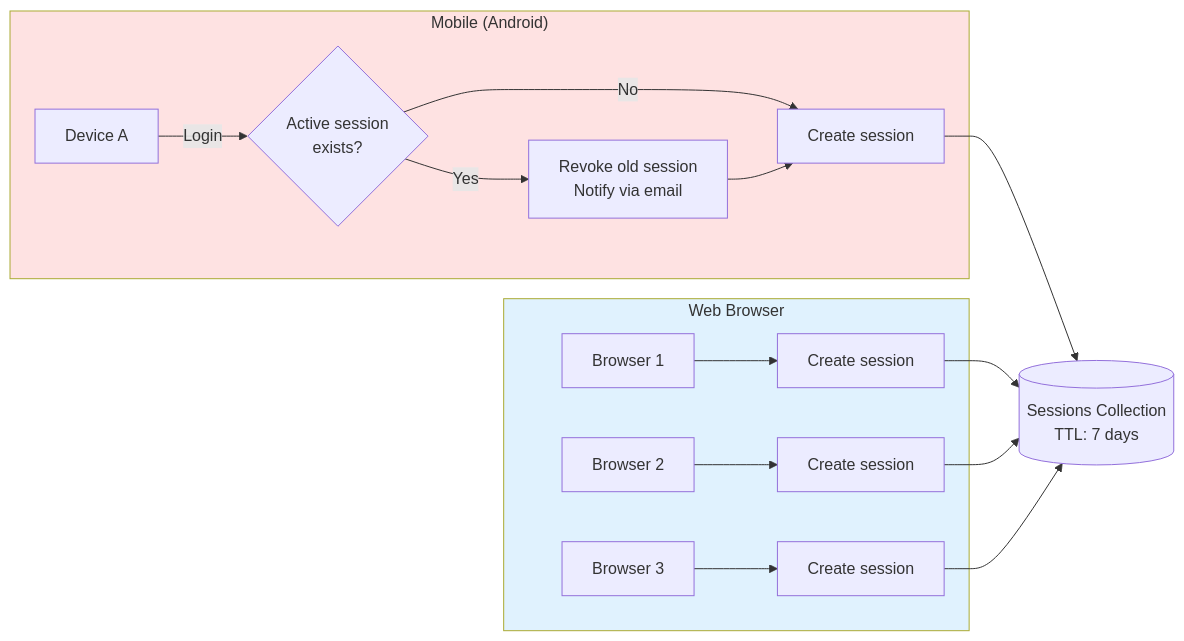
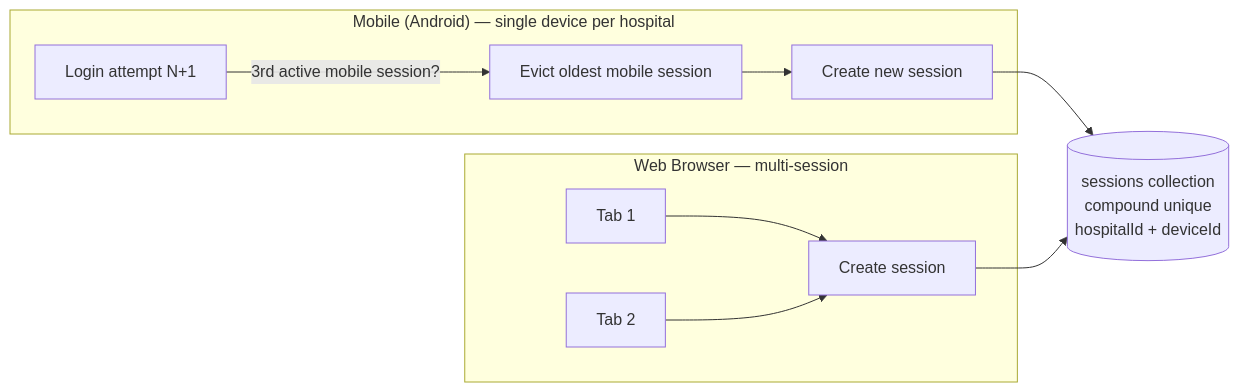
The third of 4 diagrams in README.md (urvagandhi/Hospital-Management), drawn with Mermaid before and after one commit. The commit also changed other lines of this file and 5 other files, not shown here.

````diff
--- a/README.md
+++ b/README.md
@@ -84,23 +84,15 @@
 ```mermaid
 flowchart LR
-    subgraph Mobile["Mobile (Android)"]
-        M1[Device A] -->|Login| SESSION_CHECK{Active session<br/>exists?}
-        SESSION_CHECK -->|Yes| REVOKE[Revoke old session<br/>Notify via email]
-        SESSION_CHECK -->|No| CREATE1[Create session]
-        REVOKE --> CREATE1
+    subgraph Mobile["Mobile (Android) — single device per hospital"]
+        M1[Login attempt N+1] -->|3rd active mobile session?| EVICT[Evict oldest mobile session]
+        EVICT --> CREATE_M[Create new session]
     end
 
-    subgraph Web["Web Browser"]
-        W1[Browser 1] --> CREATE2[Create session]
-        W2[Browser 2] --> CREATE3[Create session]
-        W3[Browser 3] --> CREATE4[Create session]
+    subgraph Web["Web Browser — multi-session"]
+        W1[Tab 1] --> CREATE_W[Create session]
+        W2[Tab 2] --> CREATE_W
     end
 
-    CREATE1 --> DB[(Sessions Collection<br/>TTL: 7 days)]
-    CREATE2 --> DB
-    CREATE3 --> DB
-    CREATE4 --> DB
-
-    style Mobile fill:#fee2e2
-    style Web fill:#e0f2fe
+    CREATE_M --> DB[(sessions collection<br/>compound unique<br/>hospitalId + deviceId)]
+    CREATE_W --> DB
 ```
````
